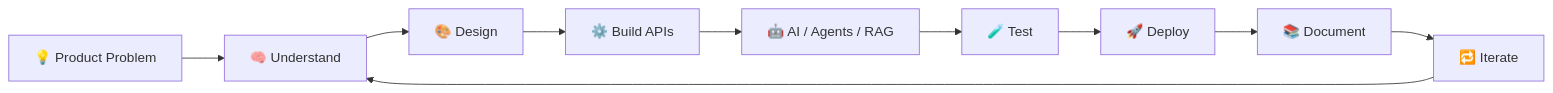
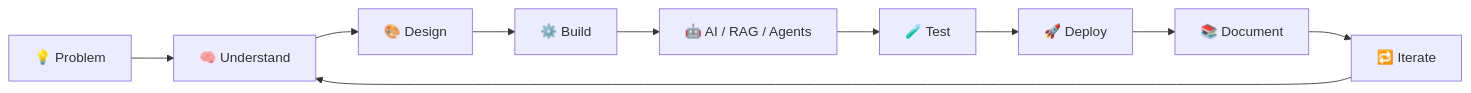
One commit to Cod4Nitish/Cod4Nitish changed the diagram in README.md. Above: the diagram before and after it, drawn with Mermaid. The commit also changed other lines of this file, not shown here.

````diff
--- a/README.md
+++ b/README.md
@@ -281,12 +295,12 @@
 ```mermaid
 flowchart LR
-    A[💡 Product Problem] --> B[🧠 Understand]
+    A[💡 Problem] --> B[🧠 Understand]
     B --> C[🎨 Design]
-    C --> D[⚙️ Build APIs]
-    D --> E[🤖 AI / Agents / RAG]
+    C --> D[⚙️ Build]
+    D --> E[🤖 AI / RAG / Agents]
     E --> F[🧪 Test]
     F --> G[🚀 Deploy]
     G --> H[📚 Document]
     H --> I[🔁 Iterate]
     I --> B
 ```
````
